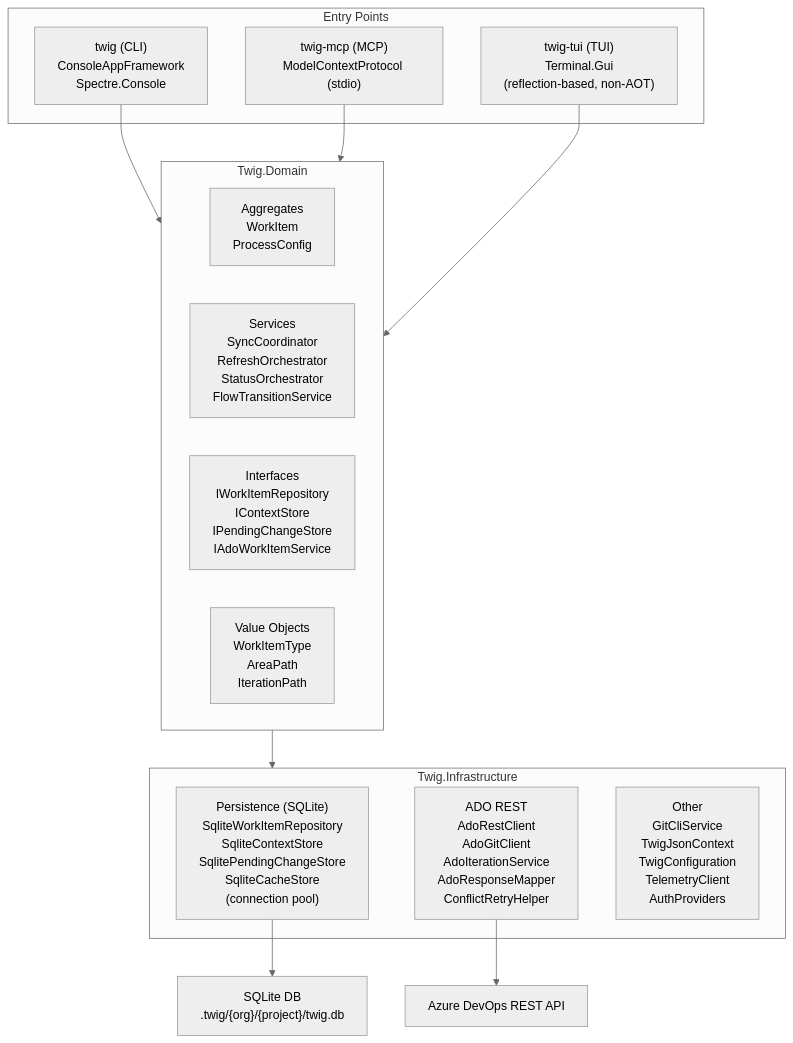
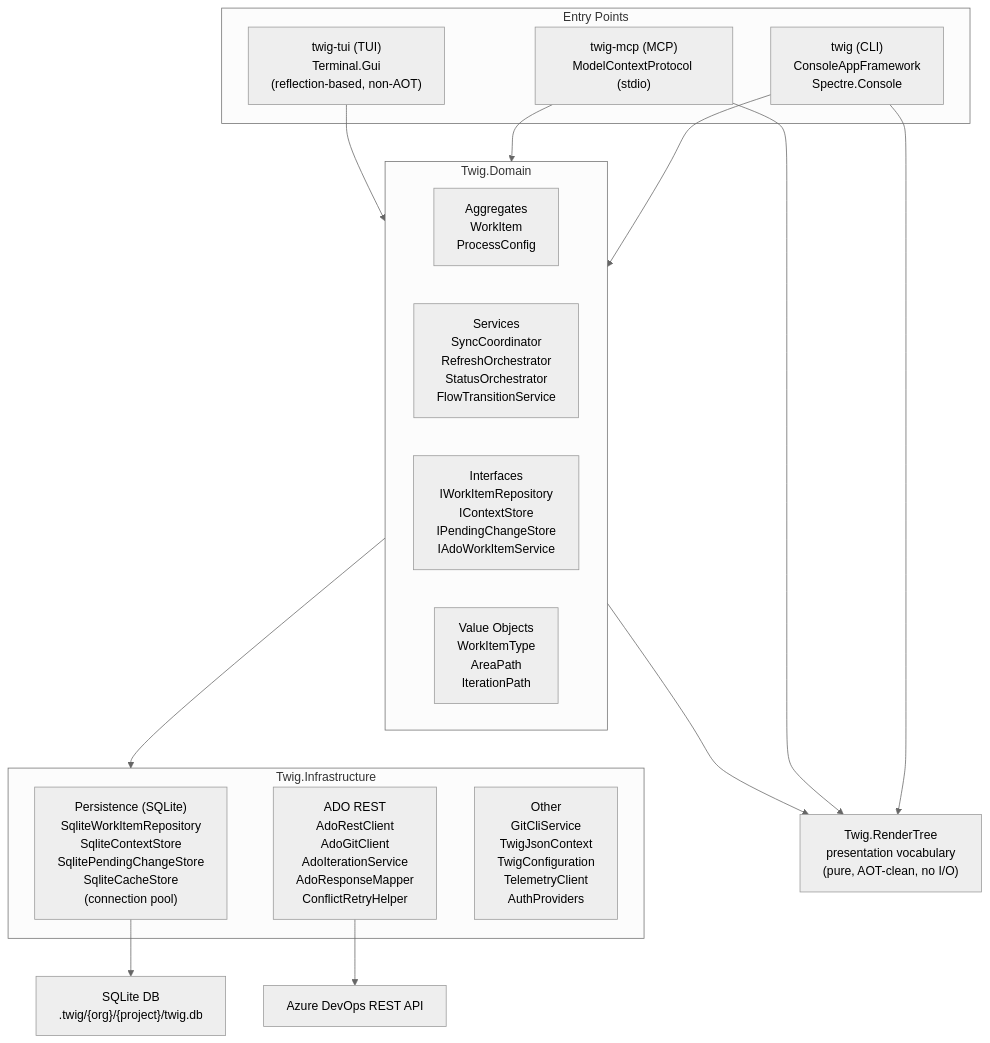
One commit to PolyphonyRequiem/twig changed the diagram in docs/architecture/overview.md. Above: the diagram before and after it, drawn with Mermaid (neutral theme). The commit also changed other lines of this file and 13 other files, not shown here.

````diff
--- a/docs/architecture/overview.md
+++ b/docs/architecture/overview.md
@@ -26,31 +26,35 @@
 ```mermaid
 graph TD
     subgraph Entry["Entry Points"]
         CLI["twig (CLI)<br/>ConsoleAppFramework<br/>Spectre.Console"]
         MCP["twig-mcp (MCP)<br/>ModelContextProtocol (stdio)"]
         TUI["twig-tui (TUI)<br/>Terminal.Gui<br/>(reflection-based, non-AOT)"]
     end
 
     subgraph Domain["Twig.Domain"]
         Aggregates["Aggregates<br/>WorkItem<br/>ProcessConfig"]
         Services["Services<br/>SyncCoordinator<br/>RefreshOrchestrator<br/>StatusOrchestrator<br/>FlowTransitionService"]
         Interfaces["Interfaces<br/>IWorkItemRepository<br/>IContextStore<br/>IPendingChangeStore<br/>IAdoWorkItemService"]
         ValueObjects["Value Objects<br/>WorkItemType<br/>AreaPath<br/>IterationPath"]
     end
 
     subgraph Infra["Twig.Infrastructure"]
         Persistence["Persistence (SQLite)<br/>SqliteWorkItemRepository<br/>SqliteContextStore<br/>SqlitePendingChangeStore<br/>SqliteCacheStore<br/>(connection pool)"]
         AdoRest["ADO REST<br/>AdoRestClient<br/>AdoGitClient<br/>AdoIterationService<br/>AdoResponseMapper<br/>ConflictRetryHelper"]
         Other["Other<br/>GitCliService<br/>TwigJsonContext<br/>TwigConfiguration<br/>TelemetryClient<br/>AuthProviders"]
     end
 
     SQLite["SQLite DB<br/>.twig/{org}/{project}/twig.db"]
     ADO["Azure DevOps REST API"]
+    RenderTree["Twig.RenderTree<br/>presentation vocabulary<br/>(pure, AOT-clean, no I/O)"]
 
     CLI --> Domain
     MCP --> Domain
     TUI --> Domain
     Domain --> Infra
+    Domain --> RenderTree
+    CLI --> RenderTree
+    MCP --> RenderTree
     Persistence --> SQLite
     AdoRest --> ADO
 ```
````
